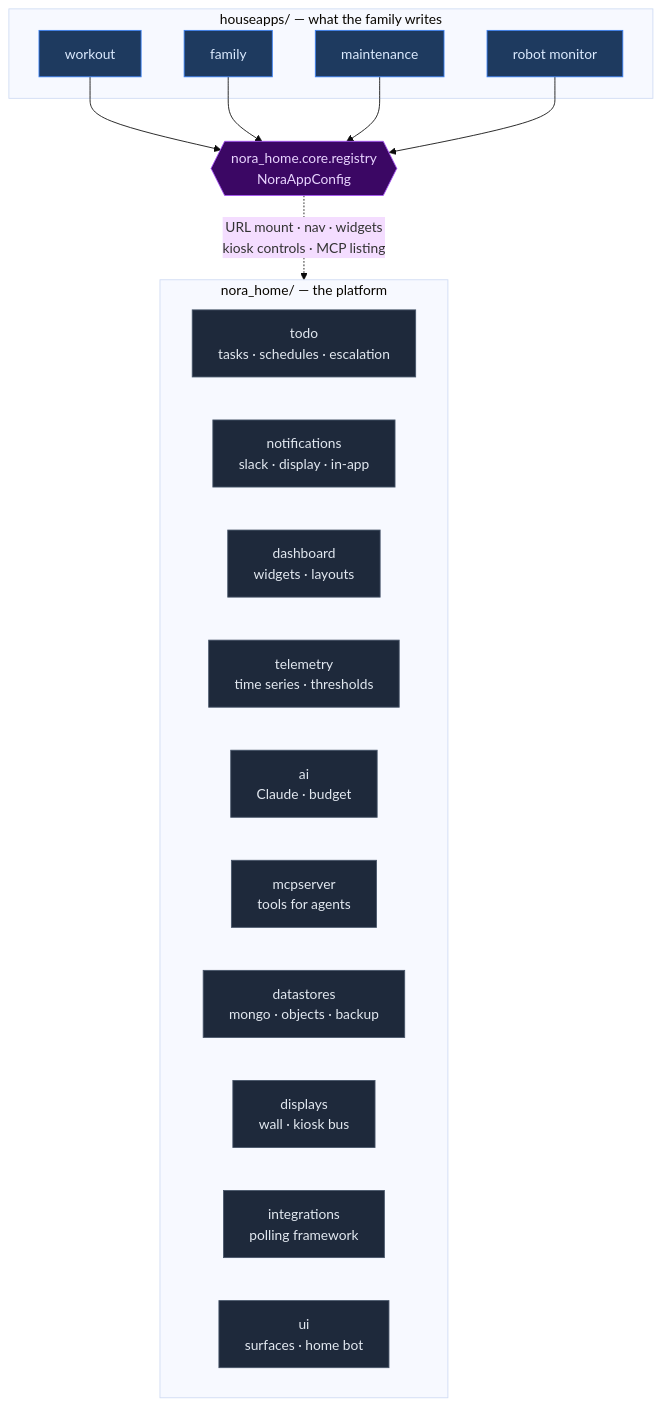
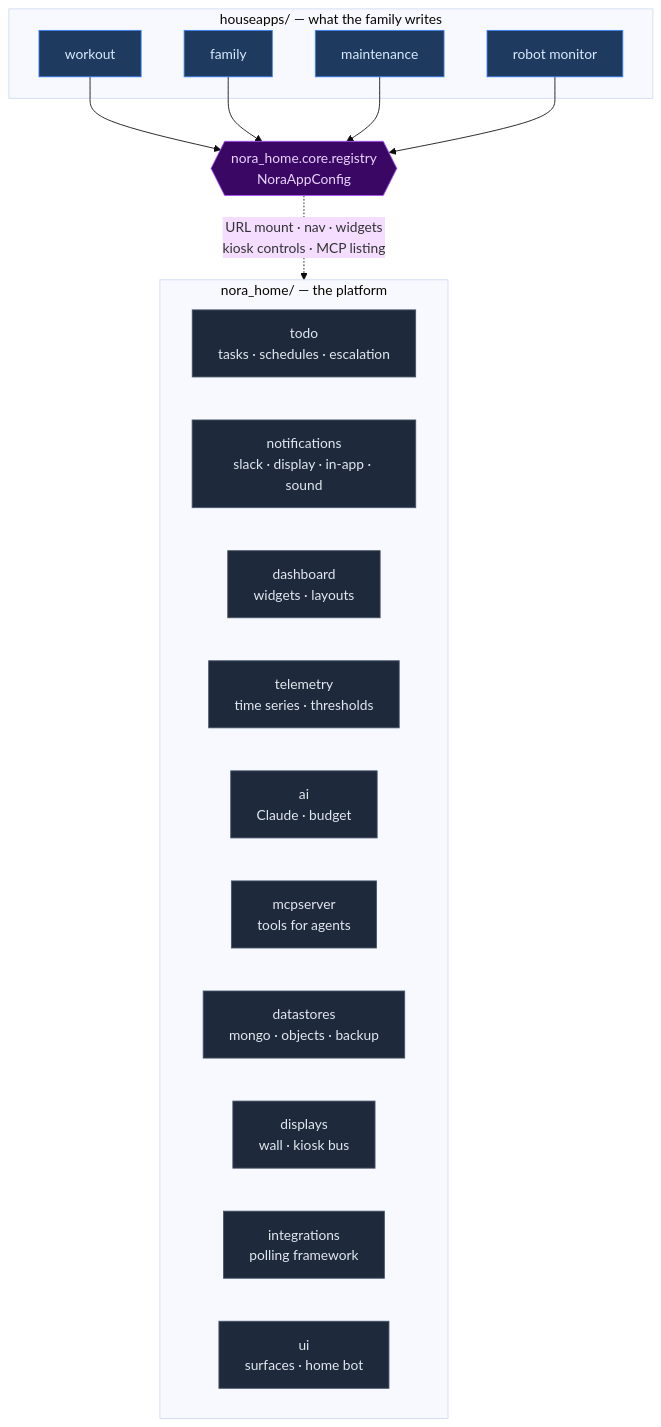
One commit to nitinrameshuf/Nora_Home changed the first of 8 diagrams in docs/Main_App/architecture.md. Above: the diagram before and after it, drawn with Mermaid (base theme). The commit also changed other lines of this file and 1 other file, not shown here.

First line of the commit message:
Document speech for app authors, and the container/host hardware boundary

````diff
--- a/docs/Main_App/architecture.md
+++ b/docs/Main_App/architecture.md
@@ -18,37 +18,37 @@
 ```mermaid
 graph TB
     subgraph HouseApps["houseapps/ — what the family writes"]
         W[workout]
         F[family]
         M[maintenance]
         R[robot monitor]
     end
 
     REG{{"nora_home.core.registry<br/>NoraAppConfig"}}
 
     subgraph Platform["nora_home/ — the platform"]
         TODO[todo<br/>tasks · schedules · escalation]
-        NOT[notifications<br/>slack · display · in-app]
+        NOT[notifications<br/>slack · display · in-app · sound]
         DASH[dashboard<br/>widgets · layouts]
         TEL[telemetry<br/>time series · thresholds]
         AI[ai<br/>Claude · budget]
         MCP[mcpserver<br/>tools for agents]
         DS[datastores<br/>mongo · objects · backup]
         DISP[displays<br/>wall · kiosk bus]
         INT[integrations<br/>polling framework]
         UI[ui<br/>surfaces · home bot]
     end
 
     W --> REG
     F --> REG
     M --> REG
     R --> REG
     REG -.->|"URL mount · nav · widgets<br/>kiosk controls · MCP listing"| Platform
 
     classDef app fill:#1e3a5f,stroke:#3b82f6,color:#dbeafe
     classDef plat fill:#1e293b,stroke:#475569,color:#e2e8f0
     classDef reg fill:#3b0764,stroke:#a855f7,color:#e9d5ff
     class W,F,M,R app
     class TODO,NOT,DASH,TEL,AI,MCP,DS,DISP,INT,UI plat
     class REG reg
 ```
````
